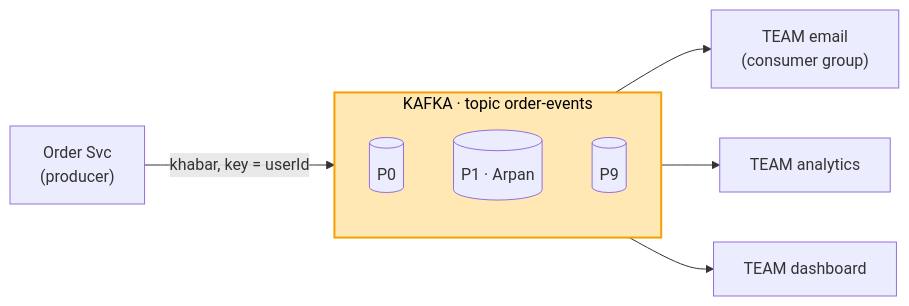
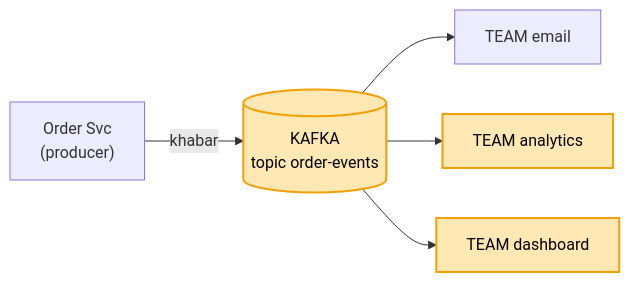
The second of 4 diagrams in 04_HLD/SYSTEM_DESIGNS/12_message_queue_kafka/kafka_seedha.md (ArpanMaheshwari144/Prep), drawn with Mermaid before and after one commit. The commit also changed other lines of this file, not shown here.

Commit message:
kafka: dabbe chhote se badhte (4 kadam diagram)

````diff
--- a/04_HLD/SYSTEM_DESIGNS/12_message_queue_kafka/kafka_seedha.md
+++ b/04_HLD/SYSTEM_DESIGNS/12_message_queue_kafka/kafka_seedha.md
@@ -39,13 +52,10 @@
 ```mermaid
 flowchart LR
-    O["Order Svc<br/>(producer)"] -- "khabar, key = userId" --> K
-    subgraph K["KAFKA · topic order-events"]
-        P0[("P0")]
-        P1[("P1 · Arpan")]
-        P9[("P9")]
-    end
-    K --> E["TEAM email<br/>(consumer group)"]
+    O["Order Svc<br/>(producer)"] -- "khabar" --> K[("KAFKA<br/>topic order-events")]
+    K --> E["TEAM email"]
     K --> A["TEAM analytics"]
     K --> D["TEAM dashboard"]
     style K fill:#ffe8b3,stroke:#f59f00,stroke-width:2px,color:#000
+    style A fill:#ffe8b3,stroke:#f59f00,stroke-width:2px,color:#000
+    style D fill:#ffe8b3,stroke:#f59f00,stroke-width:2px,color:#000
 ```
````
